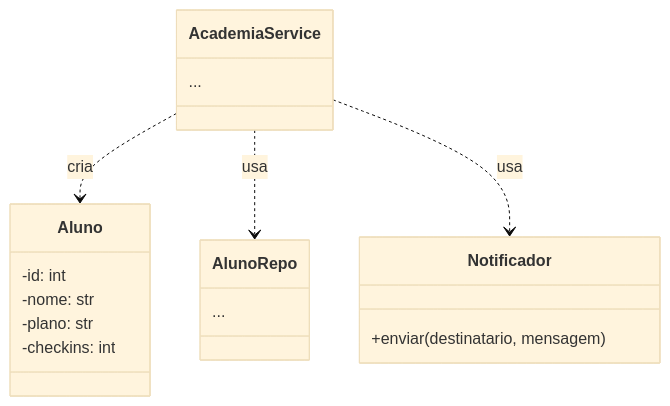
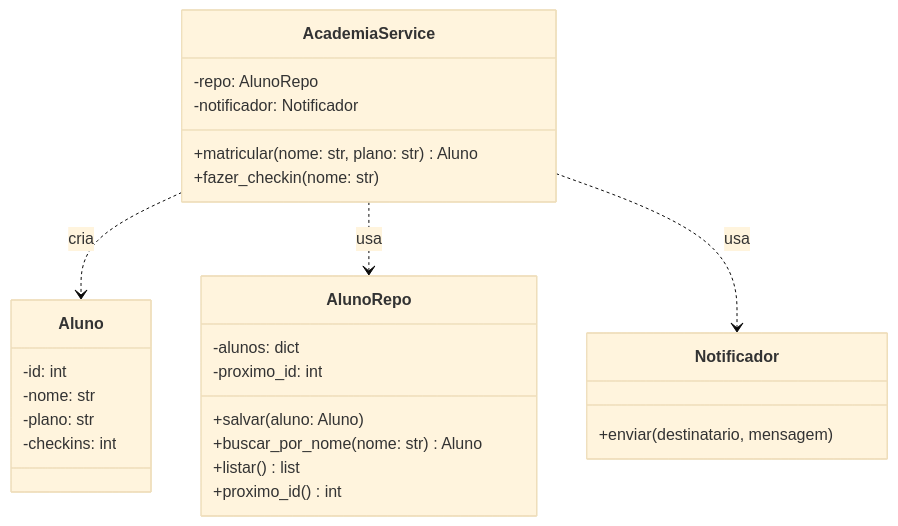
The diagram in aula03/template/DIAGRAMA.md (hugoqueirozzzzz/bsi-fpsm-2026.1-ESII), drawn with Mermaid (base theme) before and after one commit.

````diff
--- a/aula03/template/DIAGRAMA.md
+++ b/aula03/template/DIAGRAMA.md
@@ -11,29 +11,38 @@
 ```mermaid
 classDiagram
     %% ===== EXEMPLO JÁ RESOLVIDO — imite este padrão nas classes de baixo =====
     class Aluno {
         -id: int
         -nome: str
         -plano: str
         -checkins: int
     }
 
     %% ===== AGORA VOCÊ: troque os ... pelos atributos/métodos de cada classe =====
     %% (use - para privado e + para público, como no exemplo do Aluno)
     class AlunoRepo {
-        ...
+        -alunos: dict
+        -proximo_id: int
+        +salvar(aluno: Aluno)
+        +buscar_por_nome(nome: str) Aluno
+        +listar() list
+        +proximo_id() int
+    
     }
 
     class Notificador {
         +enviar(destinatario, mensagem)
     }
 
     class AcademiaService {
-        ...
+        -repo: AlunoRepo
+        -notificador: Notificador
+        +matricular(nome: str, plano: str) Aluno
+        +fazer_checkin(nome: str)
     }
 
     %% Ligações (quem usa quem). As 3 já estão prontas — não precisa mexer.
     AcademiaService ..> Aluno : cria
     AcademiaService ..> AlunoRepo : usa
     AcademiaService ..> Notificador : usa
 ```
````
